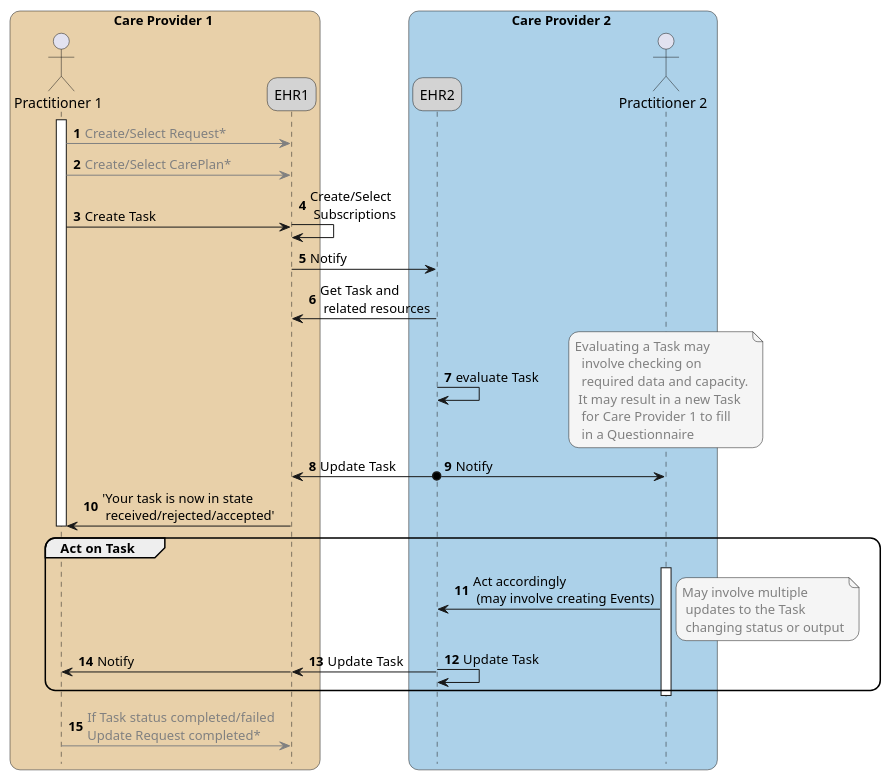
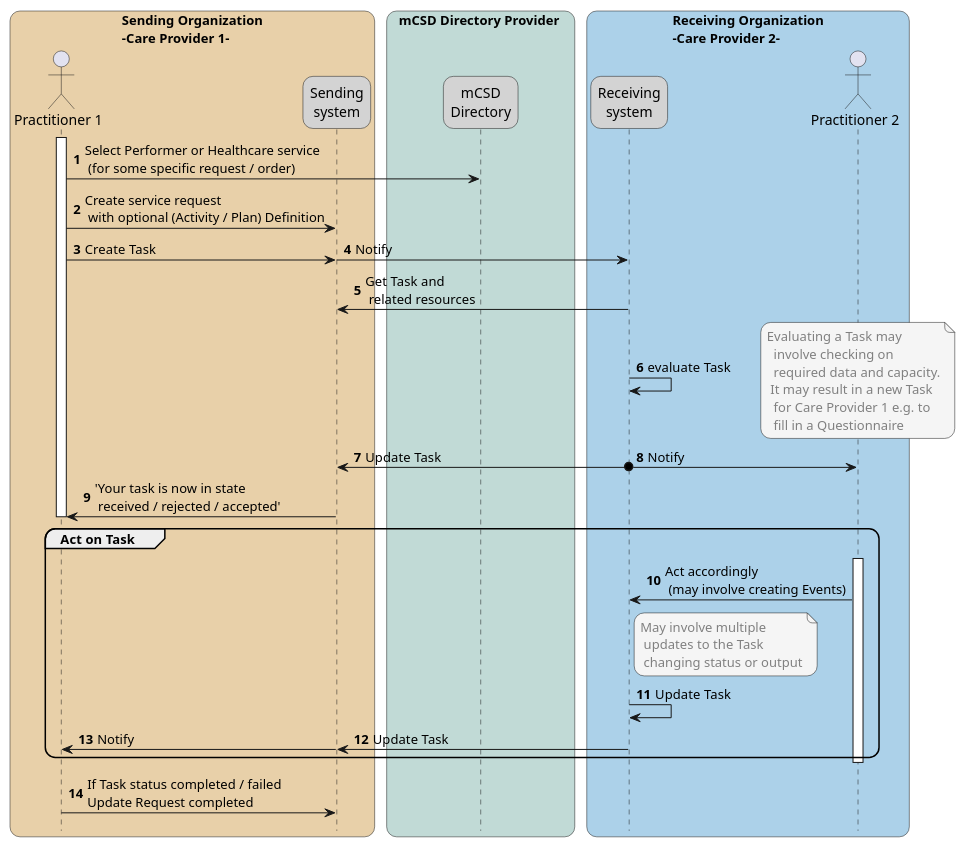
Before and after one commit to nuts-foundation/nl-generic-functions-ig: the diagram in input/images-source/workflow-base-f.plantuml, drawn with PlantUML. The commit also changed 27 other files, not shown here.

```diff
--- a/input/images-source/workflow-base-f.plantuml
+++ b/input/images-source/workflow-base-f.plantuml
@@ -1,85 +1,67 @@
 @startuml workflow-base-f
 
 skinparam roundcorner 20
 skinparam defaultFontName Arial 
 
-
 !pragma teoz true
 
-box Care Provider 1 #e8d0a9
+box Sending Organization\n-Care Provider 1- #e8d0a9
     actor "Practitioner 1" as P1
-    participant "EHR1" as C1 #LightGray
+    participant "Sending\nsystem" as C1 #LightGray
 end box
-box Care Provider 2 #acd1e9
-     participant "EHR2" as C2 #LightGray
+box mCSD Directory Provider #c1dad6
+    participant "mCSD\nDirectory" as D1 #LightGray
+end box
+box Receiving Organization\n-Care Provider 2- #acd1e9
+     participant "Receiving\nsystem" as C2 #LightGray
     actor "Practitioner 2" as P2
 end box
 
 hide footbox
 
 activate P1
 autonumber
-P1 -[#Gray]> C1 : <color #Gray>Create/Select Request*
-P1 -[#Gray]> C1 : <color #Gray>Create/Select CarePlan*
-' & C1 -> C1 : Find/select CarePlan
+
+P1 -> D1 : Select Performer or Healthcare service\n (for some specific request / order)
+P1 -> C1 : Create service request\n with optional (Activity / Plan) Definition
 
 P1 -> C1 : Create Task
-' \nand CarePlan (if any)
-& C1 -> C1  : Create/Select\n Subscriptions
-' \nand CareTeam, CarePlan 
-' C1 o-> C1 : Notify CareTeam update,\n CarePlan update
-C1 -> C2  : Notify
+&C1 -> C2  : Notify
 C2 -> C1  : Get Task and\n related resources
-
-
-' autonumber 10 "<font color=Gray>0"
-'  E2 -[#Gray]> E2 : <color #Gray>evaluate Task\n <color #Gray>(required data,\n <color #Gray>capacity, etc)
-' &E2 -[#Gray]> C2 : <color #Gray>Need more information
-' & C2 -[#Gray]> C1  : <color #Gray>Create (sub-)Task2: do\n <color #Gray> Questionnaire 'required data'
-' & C1 -[#Gray]> C1 : <color #Gray>Notify Task2 created
-' & C1 -[#Gray]> P1 : <color #Gray>Present Questionnaire\n<color #Gray>(prefill data from EHR)
-
-' P1 -[#Gray]> C1 : <color #Gray>Complete\n <color #Gray>QuestionnaireResponse
-' & C1 -[#Gray]> C1 : <color #Gray>Update Task2: Add\n <color #Gray>QuestionnaireResponse
-' & C1 -[#Gray]> C2 : <color #Gray>Notify Task2 update
-' & C2 -[#Gray]> E2 : <color #Gray>Notify Task2 update
 
 C2 -> C2 : evaluate Task
 & note over P2 #WhiteSmoke
 <color #Gray>Evaluating a Task may
  <color #Gray> involve checking on
  <color #Gray> required data and capacity.
  <color #Gray>It may result in a new Task 
- <color #Gray> for Care Provider 1 to fill
- <color #Gray> in a Questionnaire
+ <color #Gray> for Care Provider 1 e.g. to 
+ <color #Gray> fill in a Questionnaire
 end note
 
-' C2 o-> P2 : Update Task
 C2 -> C1 : Update Task
 &C2 o-> P2 : Notify
-' C1 -> C1  : Update CareTeam, CarePlan
 
-' \n CareTeam updated\n CarePlan updated
-' & C1 o-> C2 :Notify CareTeam updated\n CarePlan updated
-C1 -> P1 : 'Your task is now in state \n received/rejected/accepted'
+
+C1 -> P1 : 'Your task is now in state \n received / rejected / accepted'
 
 deactivate P1
 group Act on Task
     activate P2
     P2 -> C2 : Act accordingly\n (may involve creating Events) 
     
-    & note right P2 #WhiteSmoke
+    note right C2 #WhiteSmoke
     <color #Gray>May involve multiple 
     <color #Gray> updates to the Task
     <color #Gray> changing status or output
     end note
 
     C2 -> C2 : Update Task
-    &C2 -> C1 : Update Task
+    C2 -> C1 : Update Task
     &C1 -> P1 : Notify
     deactivate P2
 end 
-P1 -[#Gray]> C1 : <color #Gray>If Task status completed/failed\n<color #Gray>Update Request completed*
+P1 -> C1 : If Task status completed / failed\nUpdate Request completed
 
 
 @enduml
```
